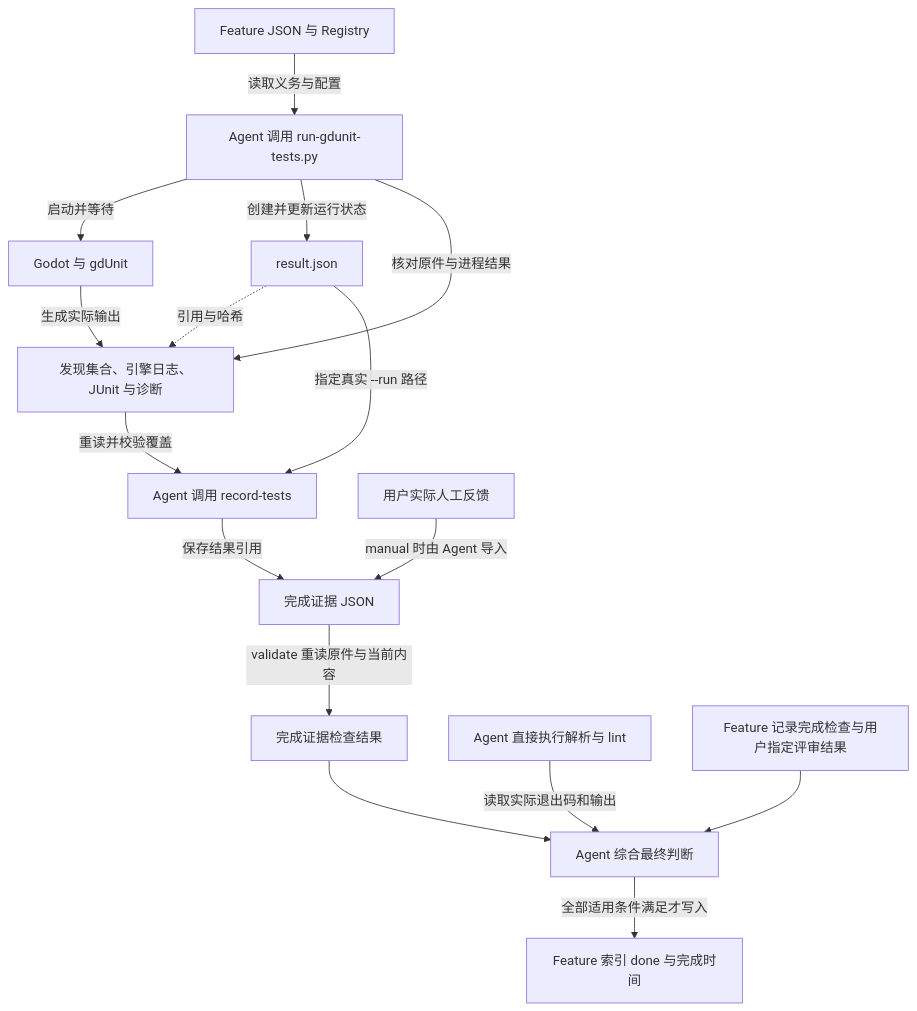
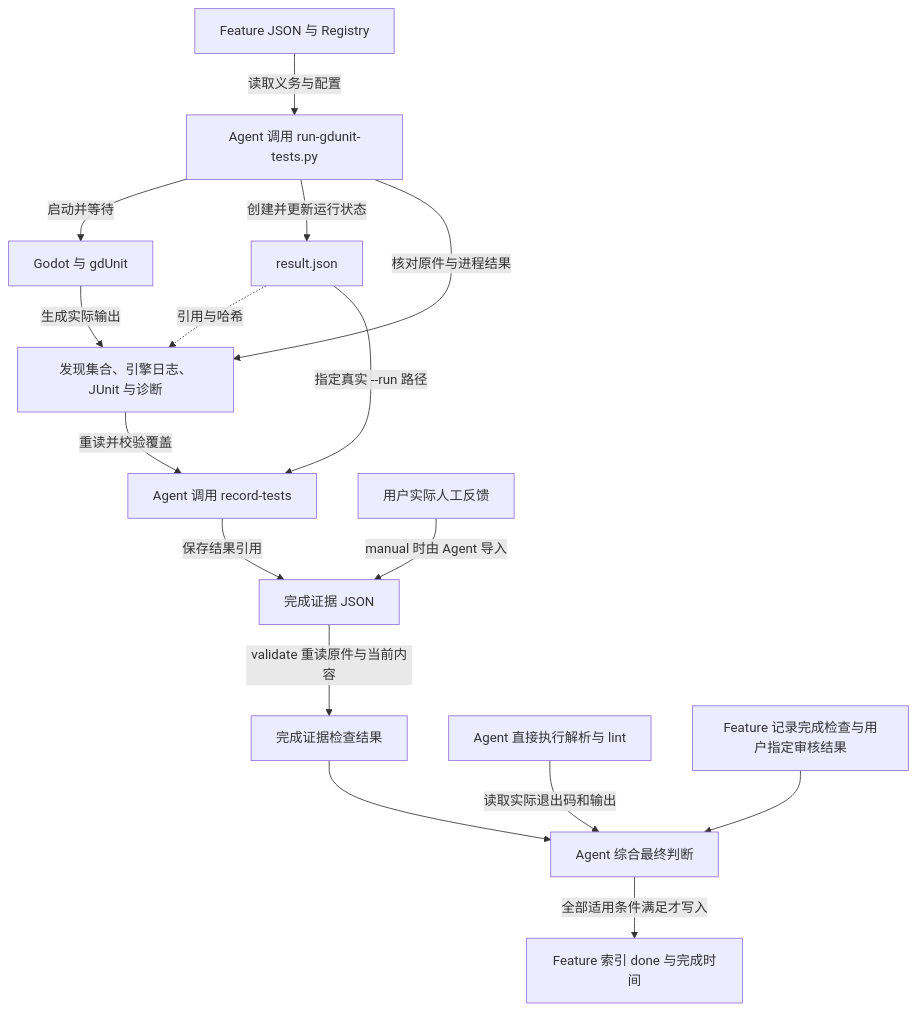
One commit to yxy823/Game_idle_yaya_frame changed the diagram in framework/godot-project-manual/methods-and-tools/commands-and-evidence.md. Above: the diagram before and after it, drawn with Mermaid. The commit also changed other lines of this file and 9 other files, not shown here.

````diff
--- a/framework/godot-project-manual/methods-and-tools/commands-and-evidence.md
+++ b/framework/godot-project-manual/methods-and-tools/commands-and-evidence.md
@@ -186,18 +186,18 @@
 ```mermaid
 flowchart TD
     F[Feature JSON 与 Registry] -->|读取义务与配置| R[Agent 调用 run-gdunit-tests.py]
     R -->|启动并等待| G[Godot 与 gdUnit]
     R -->|创建并更新运行状态| J[result.json]
     G -->|生成实际输出| O[发现集合、引擎日志、JUnit 与诊断]
     R -->|核对原件与进程结果| O
     J -.->|引用与哈希| O
     J -->|指定真实 --run 路径| T[Agent 调用 record-tests]
     O -->|重读并校验覆盖| T
     T -->|保存结果引用| E[完成证据 JSON]
     U[用户实际人工反馈] -->|manual 时由 Agent 导入| E
     E -->|validate 重读原件与当前内容| C[完成证据检查结果]
     A[Agent 直接执行解析与 lint] -->|读取实际退出码和输出| D[Agent 综合最终判断]
     C --> D
-    V[Feature 记录完成检查与用户指定评审结果] --> D
+    V[Feature 记录完成检查与用户指定审核结果] --> D
     D -->|全部适用条件满足才写入| S[Feature 索引 done 与完成时间]
 ```
````
